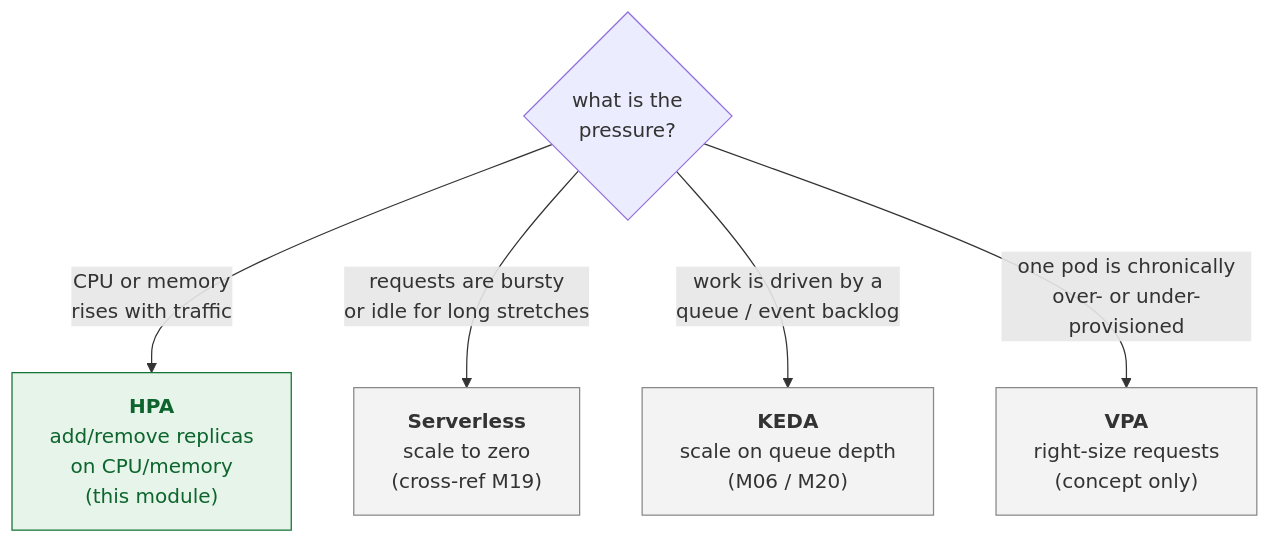
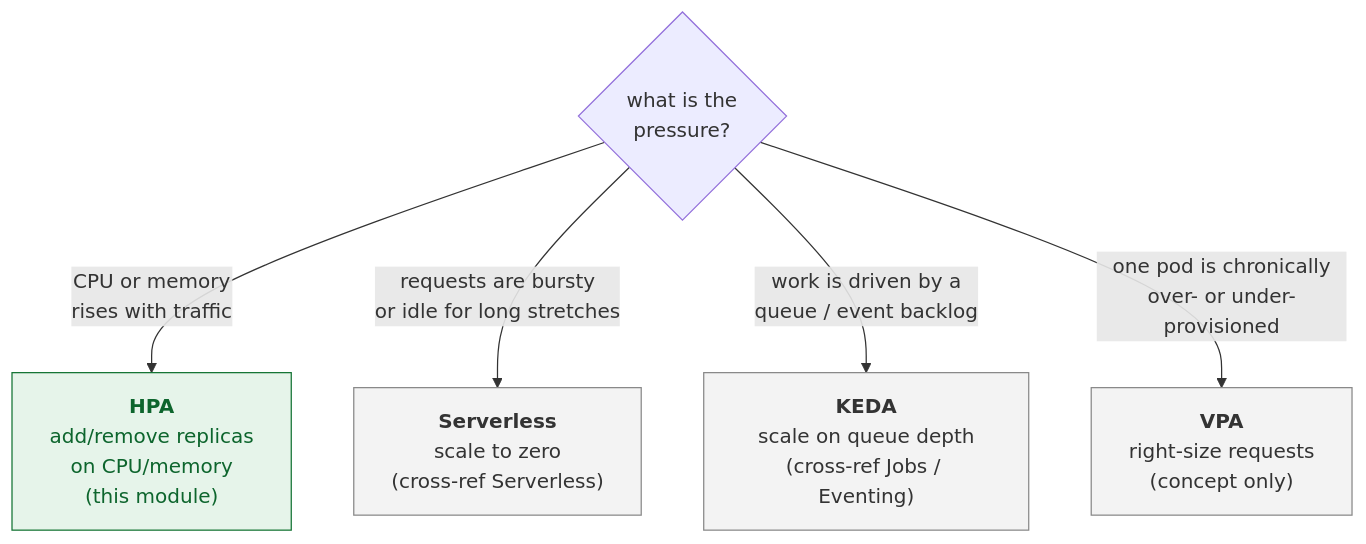
One commit to serhat-dirik/OCP-Getting-Started-Revamped changed the third of 4 diagrams in content/modules/ROOT/pages/observability-health-scale/concept.adoc. Above: the diagram before and after it, drawn with Mermaid. The commit also changed other lines of this file and 7 other files, not shown here.

```diff
--- a/content/modules/ROOT/pages/observability-health-scale/concept.adoc
+++ b/content/modules/ROOT/pages/observability-health-scale/concept.adoc
@@ -96,12 +96,12 @@
 [mermaid]
 ....
 flowchart TD
   START{what is the<br/>pressure?} -->|CPU or memory<br/>rises with traffic| HPA["<b>HPA</b><br/>add/remove replicas<br/>on CPU/memory<br/>(this module)"]
-  START -->|requests are bursty<br/>or idle for long stretches| KN["<b>Serverless</b><br/>scale to zero<br/>(cross-ref M19)"]
-  START -->|work is driven by a<br/>queue / event backlog| KEDA["<b>KEDA</b><br/>scale on queue depth<br/>(M06 / M20)"]
+  START -->|requests are bursty<br/>or idle for long stretches| KN["<b>Serverless</b><br/>scale to zero<br/>(cross-ref Serverless)"]
+  START -->|work is driven by a<br/>queue / event backlog| KEDA["<b>KEDA</b><br/>scale on queue depth<br/>(cross-ref Jobs / Eventing)"]
   START -->|one pod is chronically<br/>over- or under-provisioned| VPA["<b>VPA</b><br/>right-size requests<br/>(concept only)"]
   classDef pick fill:#e6f4ea,stroke:#137333,color:#0d652d;
   classDef other fill:#f3f3f3,stroke:#888,color:#333;
   class HPA pick;
   class KN,KEDA,VPA other;
 ....
```
